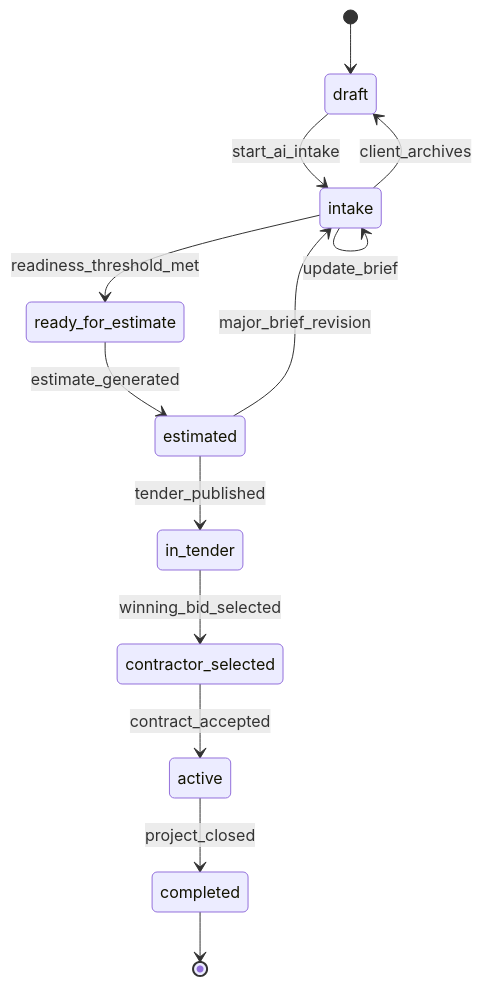
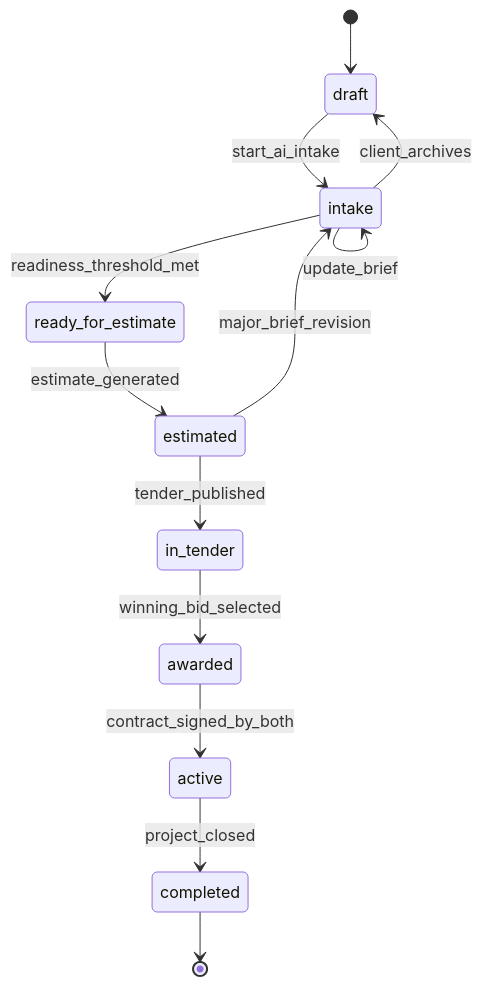
Before and after one commit to igor-chernetsky/Ant: the first of 3 diagrams in docs/domain-state-machines.md, drawn with Mermaid. The commit also changed other lines of this file and 23 other files, not shown here.

````diff
--- a/docs/domain-state-machines.md
+++ b/docs/domain-state-machines.md
@@ -9,16 +9,16 @@
 ```mermaid
 stateDiagram-v2
   [*] --> draft
   draft --> intake: start_ai_intake
   intake --> intake: update_brief
   intake --> ready_for_estimate: readiness_threshold_met
   ready_for_estimate --> estimated: estimate_generated
   estimated --> in_tender: tender_published
-  in_tender --> contractor_selected: winning_bid_selected
-  contractor_selected --> active: contract_accepted
+  in_tender --> awarded: winning_bid_selected
+  awarded --> active: contract_signed_by_both
   active --> completed: project_closed
   completed --> [*]
 
   intake --> draft: client_archives
   estimated --> intake: major_brief_revision
 ```
````
